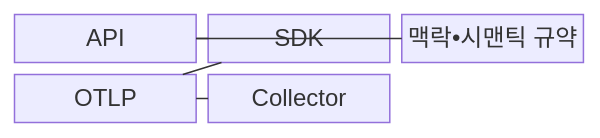
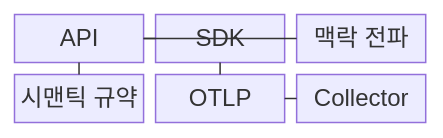
One commit to agnusdei1207/knowledge-base changed the first of 2 diagrams in src/content/docs/notes/08-latest-tech/170_opentelemetry.md. Above: the diagram before and after it, drawn with Mermaid. The commit also changed other lines of this file and 20 other files, not shown here.

````diff
--- a/src/content/docs/notes/08-latest-tech/170_opentelemetry.md
+++ b/src/content/docs/notes/08-latest-tech/170_opentelemetry.md
@@ -67,13 +71,15 @@
 ```mermaid
 block-beta
   columns 3
   A["API"]
   B["SDK"]
-  C["맥락•시맨틱 규약"]
+  C["맥락 전파"]
+  S["시맨틱 규약"]
   D["OTLP"]
   E["Collector"]
   A --- B
   C --- A
+  S --- A
   B --- D
   D --- E
 ```
````
